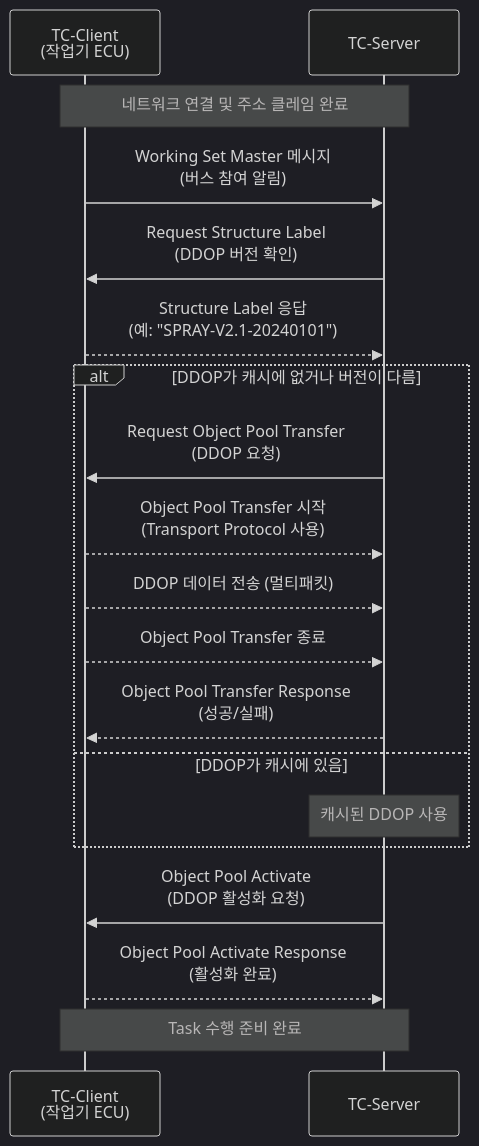
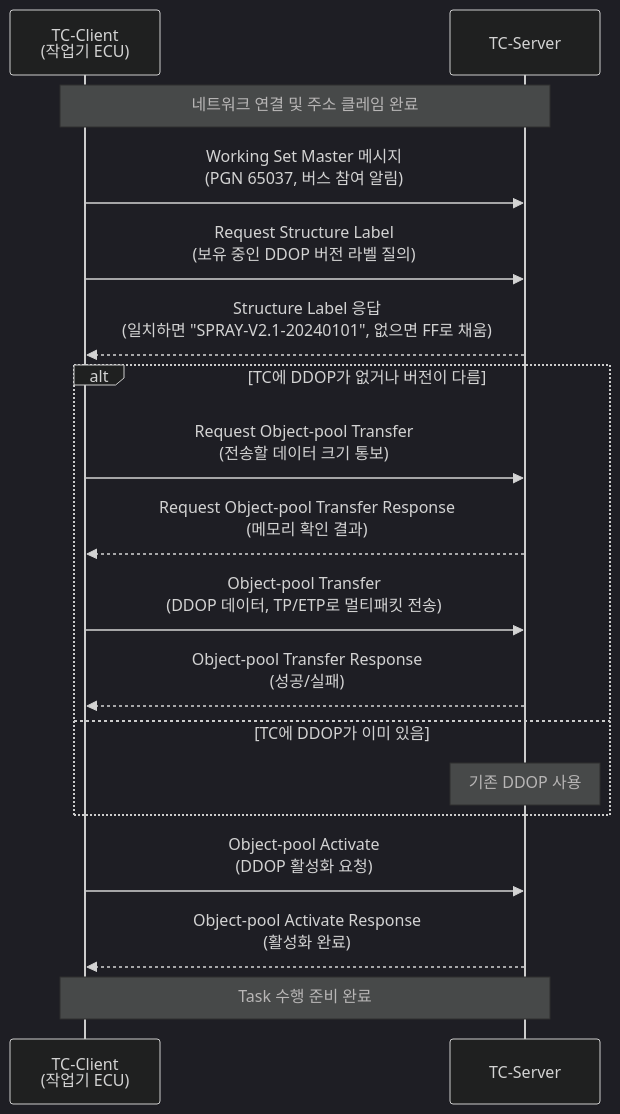
One commit to hobeen-kim/hobeen-kim.github.io changed the second of 3 diagrams in docs/_study/isobus/20-tc-ddop.md. Above: the diagram before and after it, drawn with Mermaid (dark theme). The commit also changed other lines of this file and 18 other files, not shown here.

````diff
--- a/docs/_study/isobus/20-tc-ddop.md
+++ b/docs/_study/isobus/20-tc-ddop.md
@@ -108,28 +112,27 @@
 ```mermaid
 sequenceDiagram
     participant CLIENT as TC-Client<br>(작업기 ECU)
     participant TC as TC-Server
 
     Note over CLIENT,TC: 네트워크 연결 및 주소 클레임 완료
 
-    CLIENT ->> TC: Working Set Master 메시지<br>(버스 참여 알림)
+    CLIENT ->> TC: Working Set Master 메시지<br>(PGN 65037, 버스 참여 알림)
 
-    TC ->> CLIENT: Request Structure Label<br>(DDOP 버전 확인)
+    CLIENT ->> TC: Request Structure Label<br>(보유 중인 DDOP 버전 라벨 질의)
 
-    CLIENT -->> TC: Structure Label 응답<br>(예: "SPRAY-V2.1-20240101")
+    TC -->> CLIENT: Structure Label 응답<br>(일치하면 "SPRAY-V2.1-20240101", 없으면 FF로 채움)
 
-    alt DDOP가 캐시에 없거나 버전이 다름
-        TC ->> CLIENT: Request Object Pool Transfer<br>(DDOP 요청)
-        CLIENT -->> TC: Object Pool Transfer 시작<br>(Transport Protocol 사용)
-        CLIENT -->> TC: DDOP 데이터 전송 (멀티패킷)
-        CLIENT -->> TC: Object Pool Transfer 종료
-        TC -->> CLIENT: Object Pool Transfer Response<br>(성공/실패)
-    else DDOP가 캐시에 있음
-        Note over TC: 캐시된 DDOP 사용
+    alt TC에 DDOP가 없거나 버전이 다름
+        CLIENT ->> TC: Request Object-pool Transfer<br>(전송할 데이터 크기 통보)
+        TC -->> CLIENT: Request Object-pool Transfer Response<br>(메모리 확인 결과)
+        CLIENT ->> TC: Object-pool Transfer<br>(DDOP 데이터, TP/ETP로 멀티패킷 전송)
+        TC -->> CLIENT: Object-pool Transfer Response<br>(성공/실패)
+    else TC에 DDOP가 이미 있음
+        Note over TC: 기존 DDOP 사용
     end
 
-    TC ->> CLIENT: Object Pool Activate<br>(DDOP 활성화 요청)
-    CLIENT -->> TC: Object Pool Activate Response<br>(활성화 완료)
+    CLIENT ->> TC: Object-pool Activate<br>(DDOP 활성화 요청)
+    TC -->> CLIENT: Object-pool Activate Response<br>(활성화 완료)
 
     Note over TC,CLIENT: Task 수행 준비 완료
 ```
````
